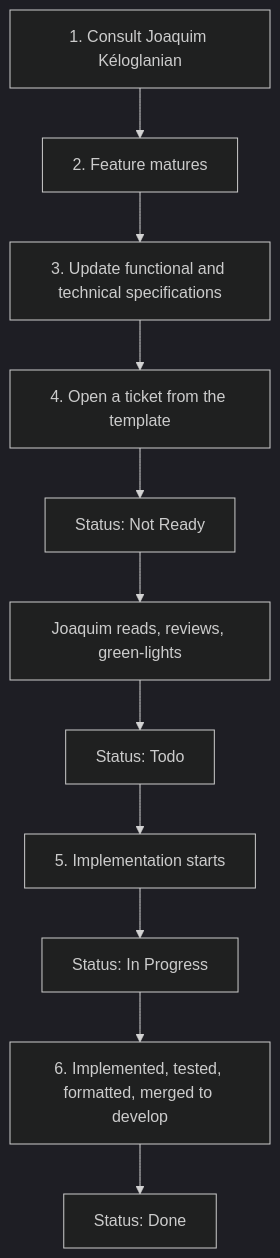
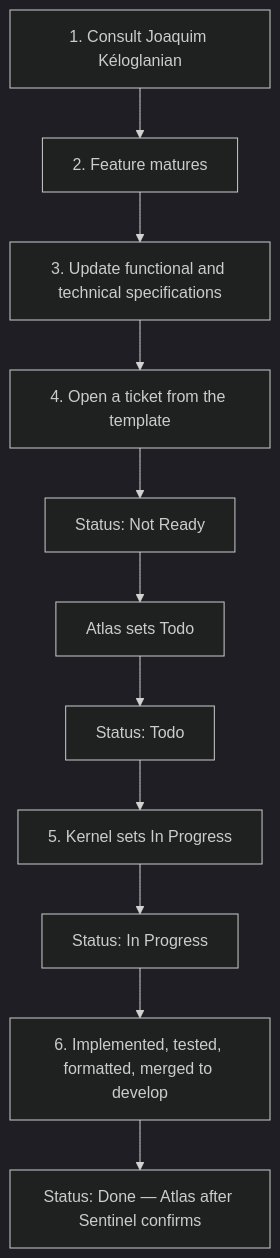
The diagram in 70-Engineering-practices/08-Feature-implementation.md (Projet-de-compensation-2025-2026/gym-buddy-documentation), drawn with Mermaid (dark theme) before and after one commit. The commit also changed other lines of this file and 100 other files, not shown here.

````diff
--- a/70-Engineering-practices/08-Feature-implementation.md
+++ b/70-Engineering-practices/08-Feature-implementation.md
@@ -14,17 +22,17 @@
 ```mermaid
 flowchart TD
   consult[1. Consult Joaquim Kéloglanian]
   mature[2. Feature matures]
   specs[3. Update functional and technical specifications]
   ticket[4. Open a ticket from the template]
   notReady[Status: Not Ready]
-  review[Joaquim reads, reviews, green-lights]
+  review[Atlas sets Todo]
   todo[Status: Todo]
-  start[5. Implementation starts]
+  start[5. Kernel sets In Progress]
   inProgress[Status: In Progress]
   land[6. Implemented, tested, formatted, merged to develop]
-  done[Status: Done]
+  done[Status: Done — Atlas after Sentinel confirms]
 
   consult --> mature --> specs --> ticket --> notReady
   notReady --> review --> todo --> start --> inProgress --> land --> done
 ```
````
